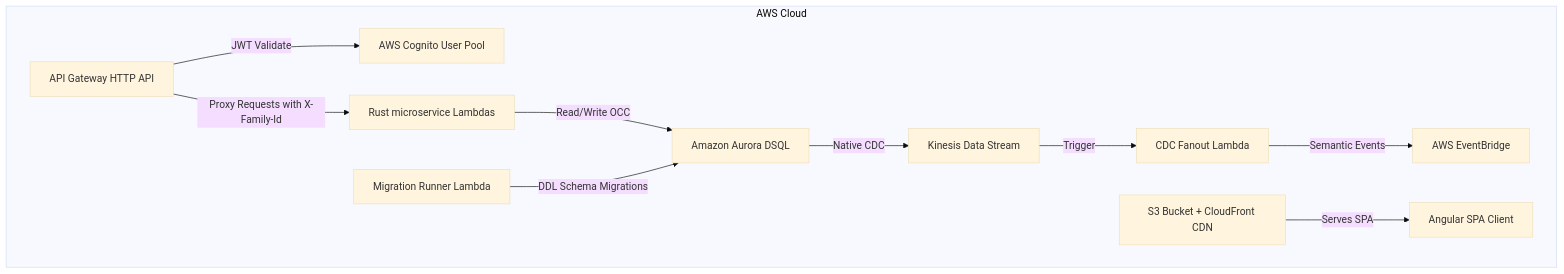
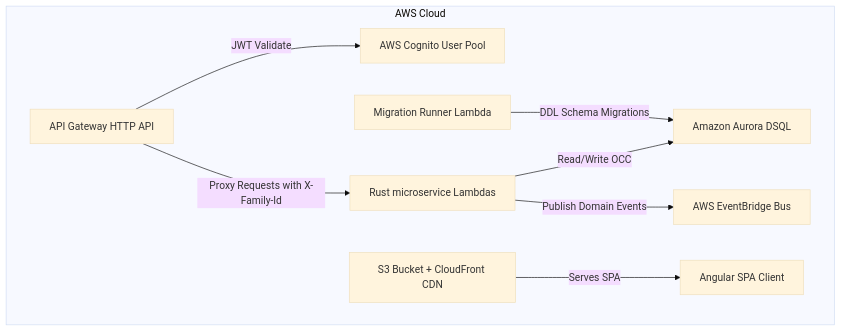
One commit to home-harmony/documentation changed the diagram in roadmap/sprint-1/sprint_1_plan.md. Above: the diagram before and after it, drawn with Mermaid (base theme). The commit also changed other lines of this file and 26 other files, not shown here.

First line of the commit message:
Refactor AWS Infrastructure and Event Handling

````diff
--- a/roadmap/sprint-1/sprint_1_plan.md
+++ b/roadmap/sprint-1/sprint_1_plan.md
@@ -12,16 +12,14 @@
 ```mermaid
 graph TD
     subgraph AWS Cloud
         APIGW[API Gateway HTTP API] -->|JWT Validate| Cognito[AWS Cognito User Pool]
         APIGW -->|Proxy Requests with X-Family-Id| ServiceLambda[Rust microservice Lambdas]
         
         ServiceLambda -->|Read/Write OCC| DSQL[Amazon Aurora DSQL]
-        DSQL -->|Native CDC| Kinesis[Kinesis Data Stream]
-        Kinesis -->|Trigger| CDCFanout[CDC Fanout Lambda]
-        CDCFanout -->|Semantic Events| EventBridge[AWS EventBridge]
+        ServiceLambda -->|Publish Domain Events| EventBridge[AWS EventBridge Bus]
         
         StaticHosting[S3 Bucket + CloudFront CDN] -->|Serves SPA| WebBrowser[Angular SPA Client]
         
         MigrateRunner[Migration Runner Lambda] -->|DDL Schema Migrations| DSQL
     end
 ```
````
